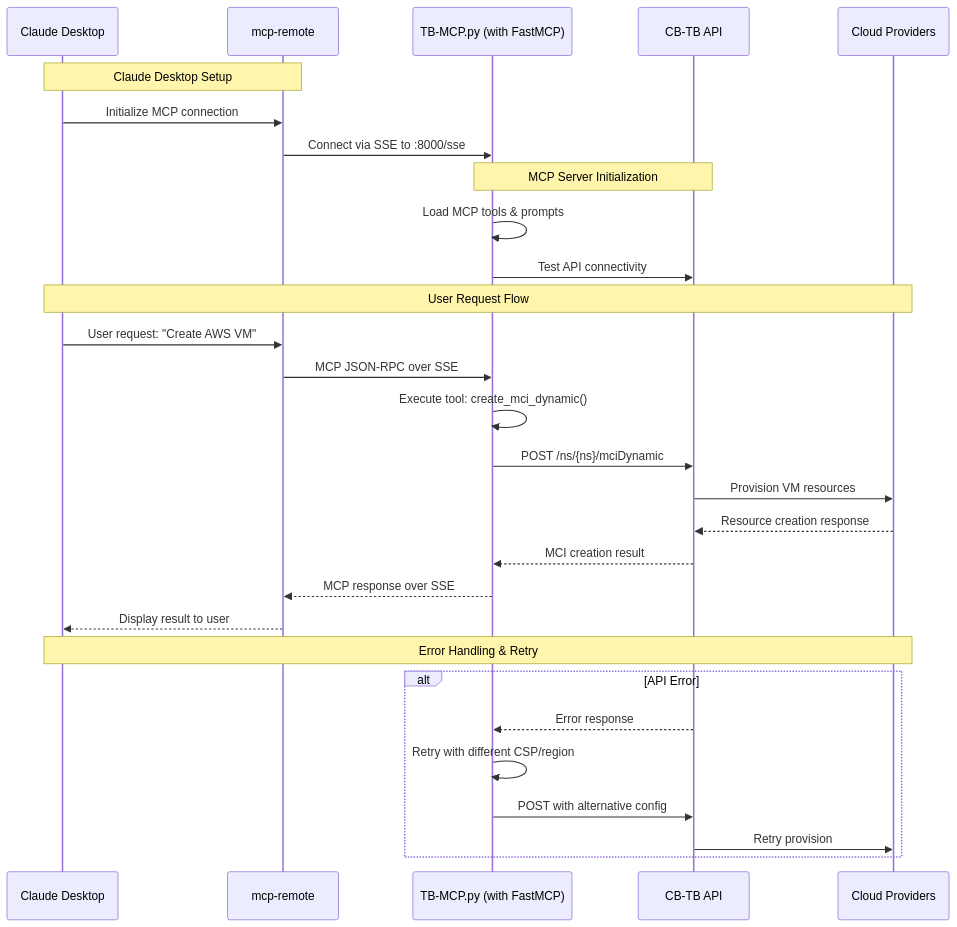
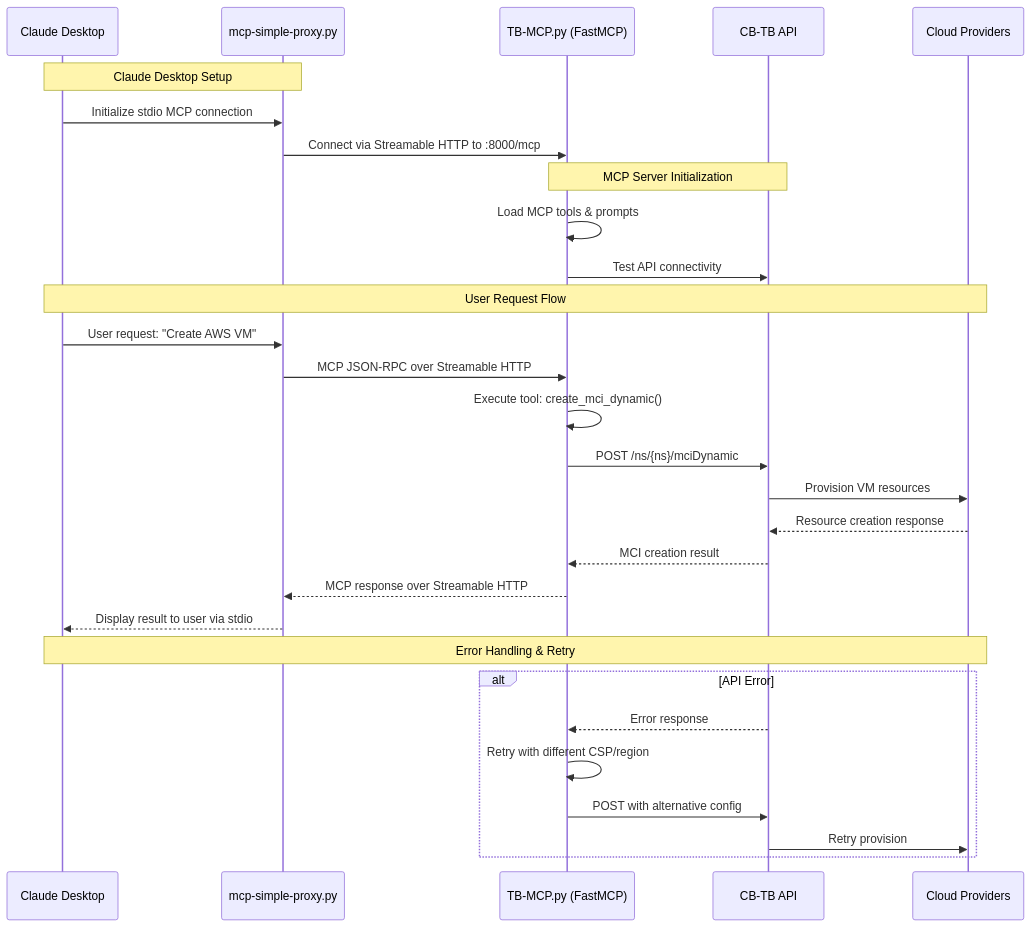
One commit to cloud-barista/cb-tumblebug changed the second of 7 diagrams in src/interface/mcp/architecture.md. Above: the diagram before and after it, drawn with Mermaid. The commit also changed other lines of this file and 7 other files, not shown here.

Commit message:
Change MCP transport from SSE to HTTP

````diff
--- a/src/interface/mcp/architecture.md
+++ b/src/interface/mcp/architecture.md
@@ -89,36 +85,36 @@
 ```mermaid
 sequenceDiagram
     participant C as Claude Desktop
-    participant MR as mcp-remote
-    participant TB as TB-MCP.py (with FastMCP)
+    participant P as mcp-simple-proxy.py
+    participant TB as TB-MCP.py (FastMCP)
     participant API as CB-TB API
     participant CSP as Cloud Providers
     
-    Note over C,MR: Claude Desktop Setup
-    C->>MR: Initialize MCP connection
-    MR->>TB: Connect via SSE to :8000/sse
+    Note over C,P: Claude Desktop Setup
+    C->>P: Initialize stdio MCP connection
+    P->>TB: Connect via Streamable HTTP to :8000/mcp
     
     Note over TB,API: MCP Server Initialization
     TB->>TB: Load MCP tools & prompts
     TB->>API: Test API connectivity
     
     Note over C,CSP: User Request Flow
-    C->>MR: User request: "Create AWS VM"
-    MR->>TB: MCP JSON-RPC over SSE
+    C->>P: User request: "Create AWS VM"
+    P->>TB: MCP JSON-RPC over Streamable HTTP
     TB->>TB: Execute tool: create_mci_dynamic()
     
     TB->>API: POST /ns/{ns}/mciDynamic
     API->>CSP: Provision VM resources
     CSP-->>API: Resource creation response
     API-->>TB: MCI creation result
-    TB-->>MR: MCP response over SSE
-    MR-->>C: Display result to user
+    TB-->>P: MCP response over Streamable HTTP
+    P-->>C: Display result to user via stdio
     
     Note over C,CSP: Error Handling & Retry
     alt API Error
         API-->>TB: Error response
         TB->>TB: Retry with different CSP/region
         TB->>API: POST with alternative config
         API->>CSP: Retry provision
     end
 ```
````
